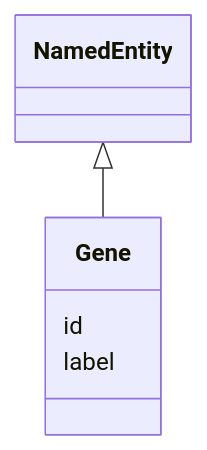
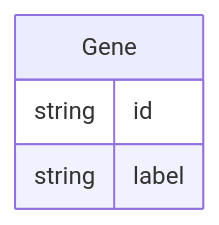
Before and after one commit to monarch-initiative/ontogpt: the diagram in docs/mendelian_disease/Gene.md, drawn with Mermaid. The commit also changed 187 other files, not shown here.

````diff
--- a/docs/mendelian_disease/Gene.md
+++ b/docs/mendelian_disease/Gene.md
@@ -8,9 +8,10 @@
 ```mermaid
- classDiagram
-    class Gene
-      NamedEntity <|-- Gene
-      
-      Gene : id
-      Gene : label
-      
+erDiagram
+Gene {
+    string id  
+    string label  
+}
+
+
+
 ```
````
